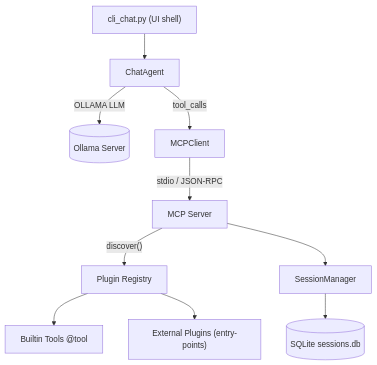
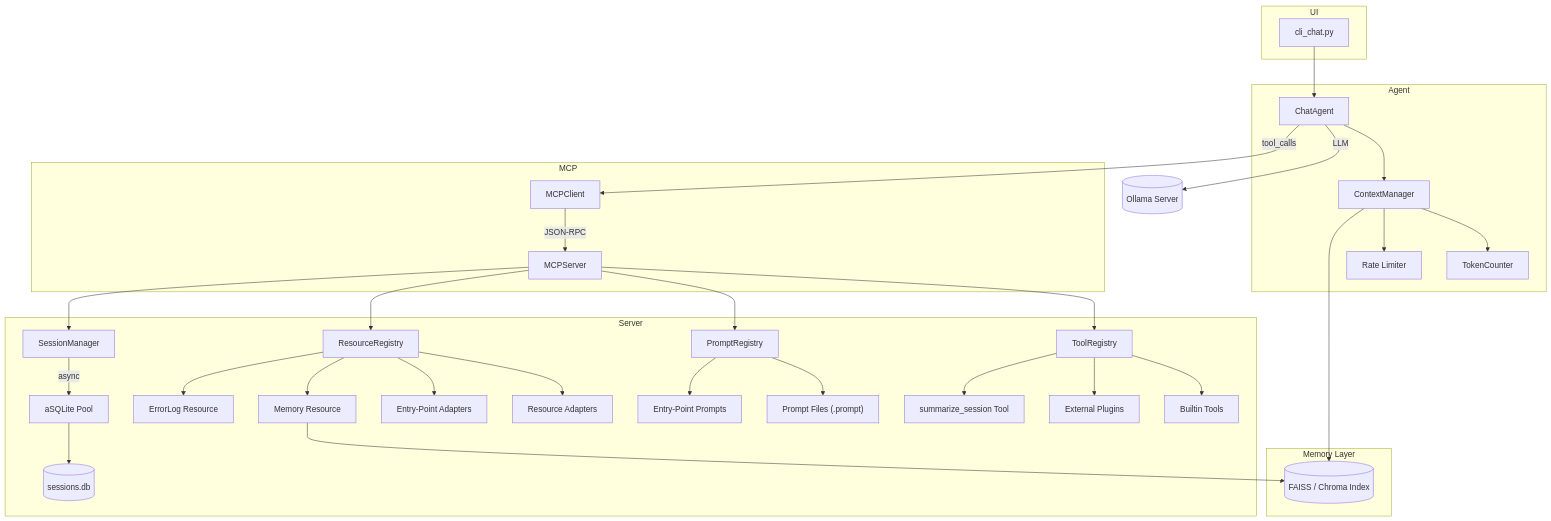
The diagram in README.md (Choapinus/APE), drawn with Mermaid before and after one commit. The commit also changed other lines of this file and 12 other files, not shown here.

````diff
--- a/README.md
+++ b/README.md
@@ -320,12 +333,48 @@
 ```mermaid
 graph TD
-  CLI["cli_chat.py (UI shell)"] --> ChatAgent
-  ChatAgent -->|"OLLAMA LLM"| Ollama[("Ollama Server")]
+  subgraph UI
+    CLI["cli_chat.py"]
+  end
+  subgraph Agent
+    ChatAgent
+    ContextManager
+    TokenCounter
+    RateLimiter["Rate Limiter"]
+  end
+  CLI --> ChatAgent
+  ChatAgent --> ContextManager
+  ContextManager --> TokenCounter
+  ContextManager --> RateLimiter
+  ChatAgent -->|"LLM"| Ollama[("Ollama Server")]
+
+  subgraph MCP
+    MCPClient
+    MCPServer
+  end
   ChatAgent -->|"tool_calls"| MCPClient
-  MCPClient -->|"stdio / JSON-RPC"| MCPServer["MCP Server"]
-  MCPServer -->|"discover()"| PluginRegistry["Plugin Registry"]
-  PluginRegistry --> Builtins["Builtin Tools @tool"]
-  PluginRegistry --> Plugins["External Plugins (entry-points)"]
-  MCPServer --> SessionManager
-  SessionManager --> SQLite[("SQLite sessions.db")]
+  MCPClient -->|"JSON-RPC"| MCPServer
+
+  subgraph Server
+    MCPServer --> ToolRegistry
+    MCPServer --> PromptRegistry
+    MCPServer --> ResourceRegistry
+    ToolRegistry --> BuiltinTools["Builtin Tools"]
+    ToolRegistry --> ExternalPlugins["External Plugins"]
+    ToolRegistry --> SummarizeTool["summarize_session Tool"]
+    PromptRegistry --> PromptRepo["Prompt Files (.prompt)"]
+    PromptRegistry --> PromptPlugins["Entry-Point Prompts"]
+    ResourceRegistry --> ResourceAdapters["Resource Adapters"]
+    ResourceRegistry --> ResourcePlugins["Entry-Point Adapters"]
+    ResourceRegistry --> MemoryResource["Memory Resource"]
+    ResourceRegistry --> ErrorResource["ErrorLog Resource"]
+    MCPServer --> SessionManager
+    SessionManager -->|"async"| DBPool["aSQLite Pool"]
+    DBPool --> SQLiteDB[("sessions.db")]
+  end
+
+  subgraph Memory["Memory Layer"]
+    EmbeddingIndex[("FAISS / Chroma Index")]
+  end
+  ContextManager --> EmbeddingIndex
+  MemoryResource --> EmbeddingIndex
 ```
````
